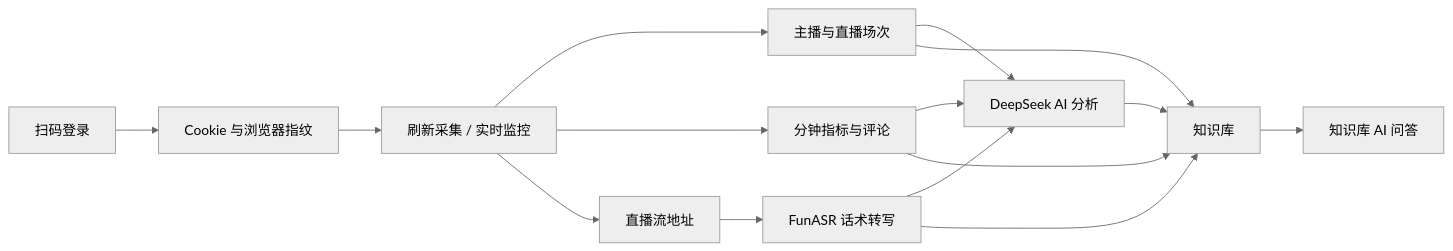
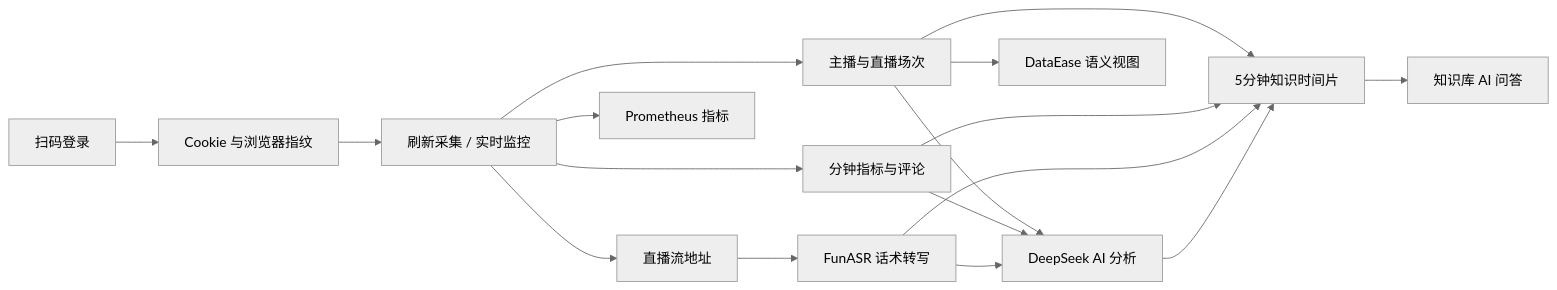
Before and after one commit to lppmql/douyinLive: the diagram in README.md, drawn with Mermaid (neutral theme). The commit also changed other lines of this file and 30 other files, not shown here.

````diff
--- a/README.md
+++ b/README.md
@@ -20,17 +22,19 @@
 ```mermaid
 flowchart LR
     A[扫码登录] --> B[Cookie 与浏览器指纹]
     B --> C[刷新采集 / 实时监控]
     C --> D[主播与直播场次]
     C --> E[分钟指标与评论]
     C --> F[直播流地址]
     F --> G[FunASR 话术转写]
     D --> H[DeepSeek AI 分析]
     E --> H
     G --> H
-    D --> I[知识库]
+    D --> I[5分钟知识时间片]
     E --> I
     G --> I
     H --> I
     I --> J[知识库 AI 问答]
+    D --> K[DataEase 语义视图]
+    C --> L[Prometheus 指标]
 ```
````
